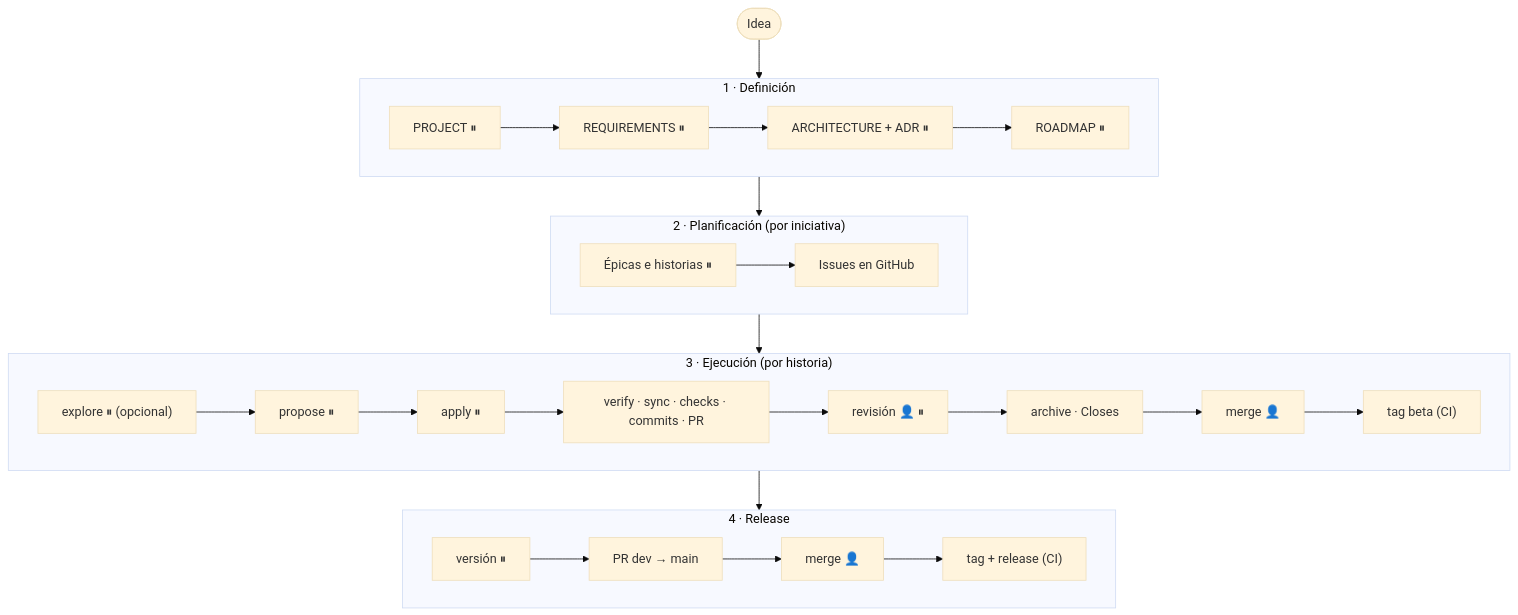
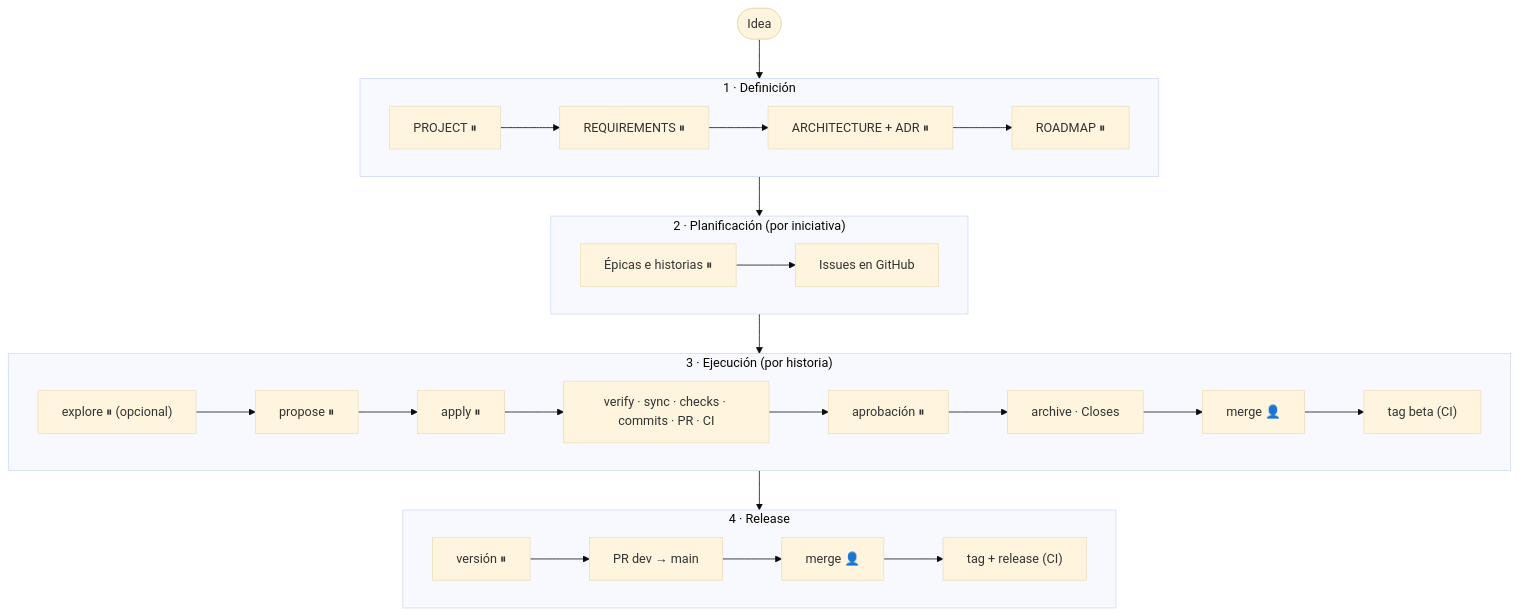
The diagram in WORKFLOW.md (Bootcamp-IA-MAD-P7/llm-victor), drawn with Mermaid (base theme) before and after one commit. The commit also changed other lines of this file and 1 other file, not shown here.

````diff
--- a/WORKFLOW.md
+++ b/WORKFLOW.md
@@ -7,23 +7,23 @@
 ```mermaid
 flowchart TD
     idea([Idea]) --> def
     subgraph def["1 · Definición"]
         direction LR
         P["PROJECT ⏸"] --> R["REQUIREMENTS ⏸"] --> A["ARCHITECTURE + ADR ⏸"] --> RM["ROADMAP ⏸"]
     end
     def --> plan
     subgraph plan["2 · Planificación (por iniciativa)"]
         direction LR
         D["Épicas e historias ⏸"] --> I["Issues en GitHub"]
     end
     plan --> exec
     subgraph exec["3 · Ejecución (por historia)"]
         direction LR
-        EX["explore ⏸ (opcional)"] --> PP["propose ⏸"] --> AP["apply ⏸"] --> PUB["verify · sync · checks · commits · PR"] --> REV["revisión 👤 ⏸"] --> ARC["archive · Closes"] --> MRG["merge 👤"] --> BT["tag beta (CI)"]
+        EX["explore ⏸ (opcional)"] --> PP["propose ⏸"] --> AP["apply ⏸"] --> PUB["verify · sync · checks · commits · PR · CI"] --> REV["aprobación ⏸"] --> ARC["archive · Closes"] --> MRG["merge 👤"] --> BT["tag beta (CI)"]
     end
     exec --> rel
     subgraph rel["4 · Release"]
         direction LR
         VER["versión ⏸"] --> PROM["PR dev → main"] --> MM["merge 👤"] --> TAG["tag + release (CI)"]
     end
 ```
````
